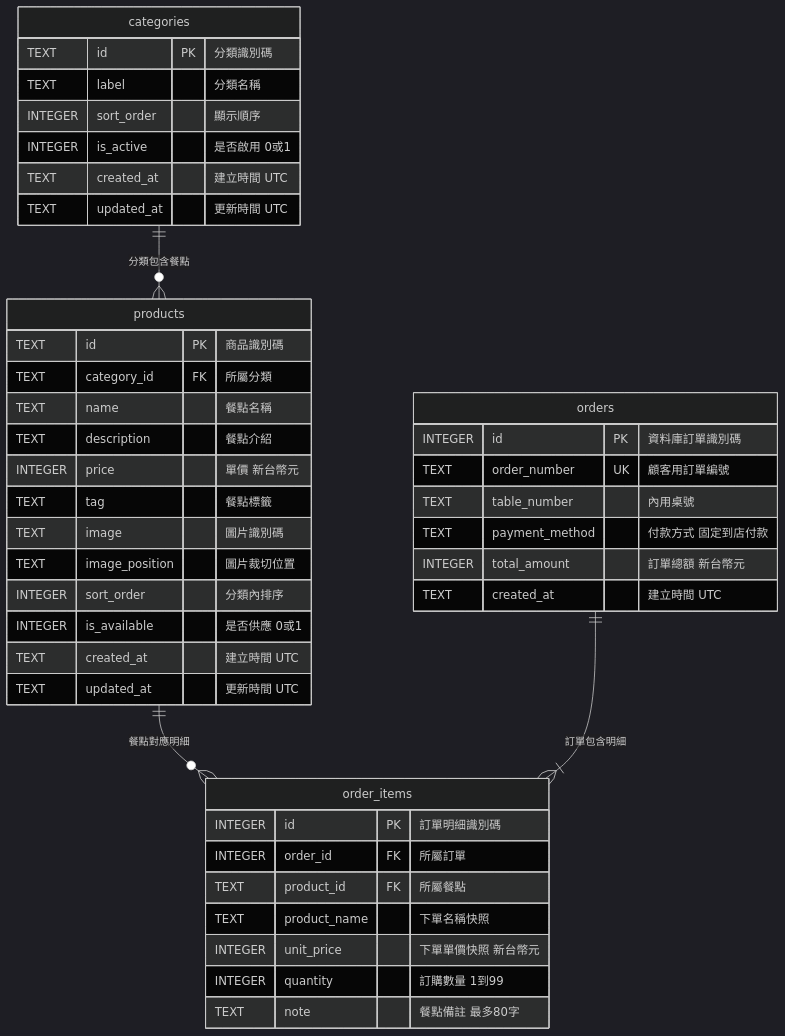
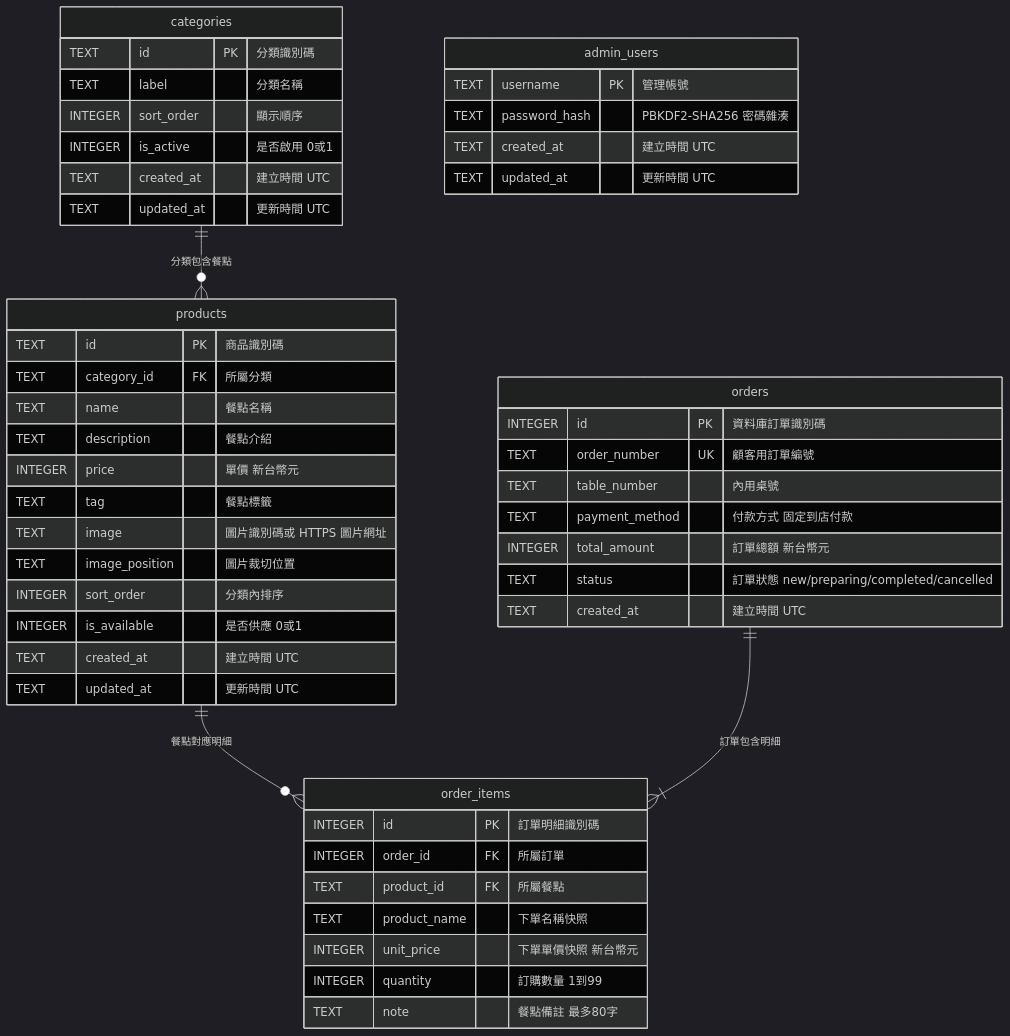
One commit to paijiping/breakfast changed the diagram in spec/backend.md. Above: the diagram before and after it, drawn with Mermaid (dark theme). The commit also changed other lines of this file and 13 other files, not shown here.

````diff
--- a/spec/backend.md
+++ b/spec/backend.md
@@ -21,46 +22,53 @@
 ```mermaid
 erDiagram
   categories ||--o{ products : 分類包含餐點
   products ||--o{ order_items : 餐點對應明細
   orders ||--|{ order_items : 訂單包含明細
 
     categories {
     TEXT id PK "分類識別碼"
     TEXT label "分類名稱"
     INTEGER sort_order "顯示順序"
     INTEGER is_active "是否啟用 0或1"
     TEXT created_at "建立時間 UTC"
     TEXT updated_at "更新時間 UTC"
     }
     products {
     TEXT id PK "商品識別碼"
     TEXT category_id FK "所屬分類"
     TEXT name "餐點名稱"
     TEXT description "餐點介紹"
     INTEGER price "單價 新台幣元"
     TEXT tag "餐點標籤"
-    TEXT image "圖片識別碼"
+    TEXT image "圖片識別碼或 HTTPS 圖片網址"
     TEXT image_position "圖片裁切位置"
     INTEGER sort_order "分類內排序"
     INTEGER is_available "是否供應 0或1"
     TEXT created_at "建立時間 UTC"
     TEXT updated_at "更新時間 UTC"
     }
     orders {
     INTEGER id PK "資料庫訂單識別碼"
     TEXT order_number UK "顧客用訂單編號"
     TEXT table_number "內用桌號"
     TEXT payment_method "付款方式 固定到店付款"
     INTEGER total_amount "訂單總額 新台幣元"
+    TEXT status "訂單狀態 new/preparing/completed/cancelled"
     TEXT created_at "建立時間 UTC"
     }
     order_items {
     INTEGER id PK "訂單明細識別碼"
     INTEGER order_id FK "所屬訂單"
     TEXT product_id FK "所屬餐點"
     TEXT product_name "下單名稱快照"
     INTEGER unit_price "下單單價快照 新台幣元"
     INTEGER quantity "訂購數量 1到99"
     TEXT note "餐點備註 最多80字"
     }
+    admin_users {
+    TEXT username PK "管理帳號"
+    TEXT password_hash "PBKDF2-SHA256 密碼雜湊"
+    TEXT created_at "建立時間 UTC"
+    TEXT updated_at "更新時間 UTC"
+    }
 ```
````
